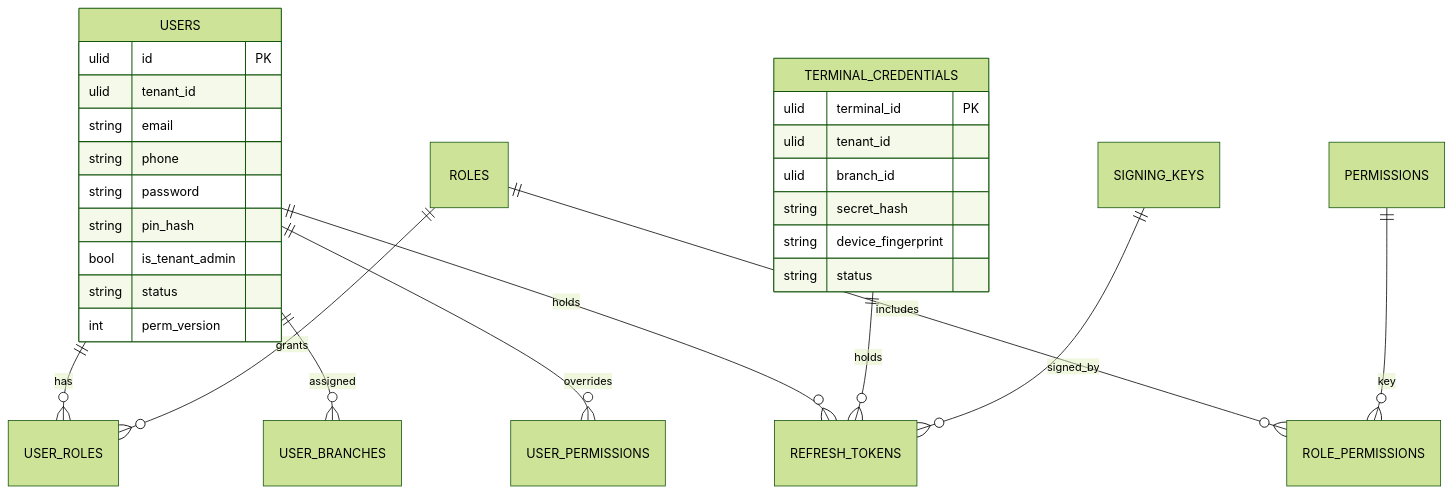
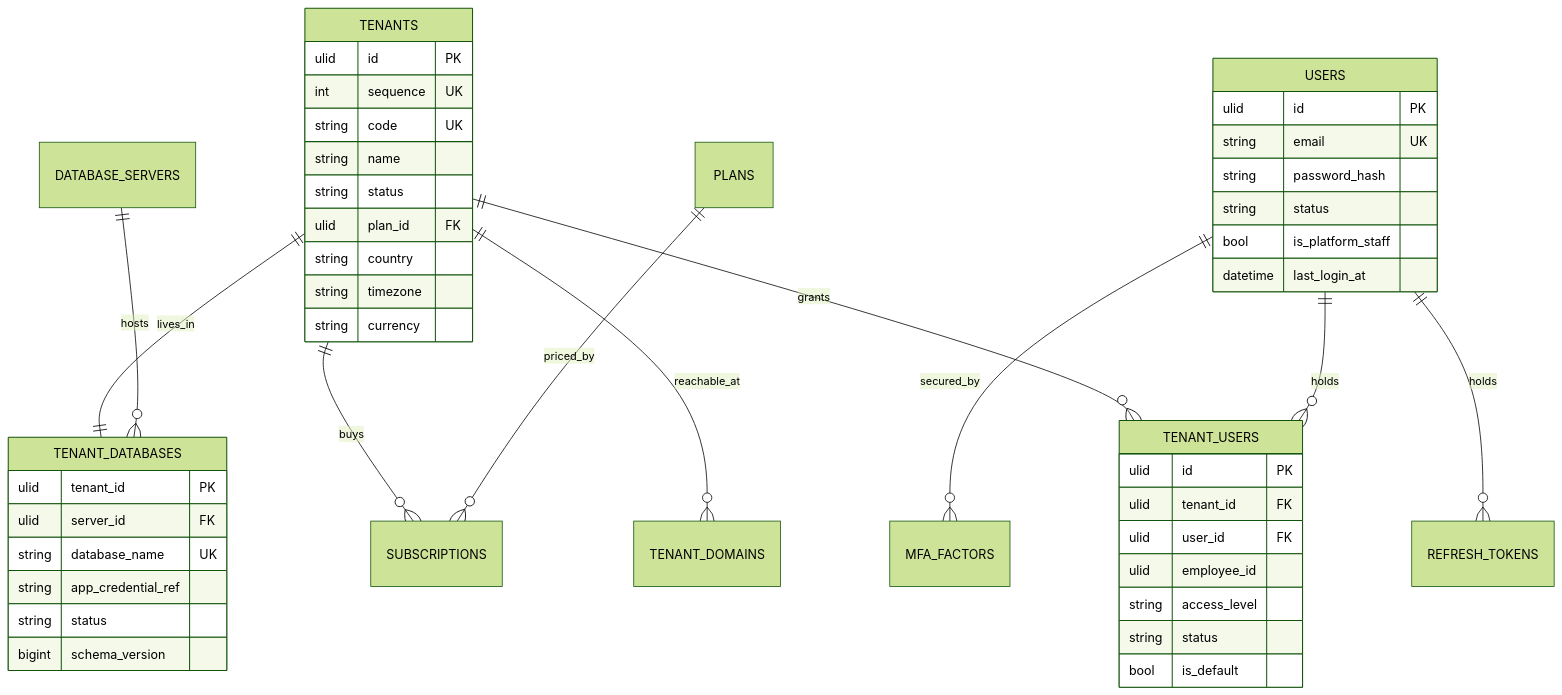
One commit to hasi94/SASS-POS changed the first of 9 diagrams in docs/database.md. Above: the diagram before and after it, drawn with Mermaid (forest theme). The commit also changed other lines of this file and 5 other files, not shown here.

First line of the commit message:
docs: architecture v0.4 — master database plus one database per tenant

````diff
--- a/docs/database.md
+++ b/docs/database.md
@@ -84,31 +123,48 @@
 ```mermaid
 erDiagram
-  USERS ||--o{ USER_ROLES : has
-  ROLES ||--o{ USER_ROLES : grants
-  ROLES ||--o{ ROLE_PERMISSIONS : includes
-  PERMISSIONS ||--o{ ROLE_PERMISSIONS : key
-  USERS ||--o{ USER_BRANCHES : assigned
-  USERS ||--o{ USER_PERMISSIONS : overrides
+  TENANTS ||--o{ TENANT_USERS : grants
+  USERS ||--o{ TENANT_USERS : holds
+  TENANTS ||--o{ TENANT_DOMAINS : reachable_at
+  TENANTS ||--|| TENANT_DATABASES : lives_in
+  DATABASE_SERVERS ||--o{ TENANT_DATABASES : hosts
+  TENANTS ||--o{ SUBSCRIPTIONS : buys
+  PLANS ||--o{ SUBSCRIPTIONS : priced_by
   USERS ||--o{ REFRESH_TOKENS : holds
-  TERMINAL_CREDENTIALS ||--o{ REFRESH_TOKENS : holds
-  SIGNING_KEYS ||--o{ REFRESH_TOKENS : signed_by
+  USERS ||--o{ MFA_FACTORS : secured_by
+  TENANTS {
+    ulid id PK
+    int sequence UK
+    string code UK
+    string name
+    string status
+    ulid plan_id FK
+    string country
+    string timezone
+    string currency
+  }
   USERS {
     ulid id PK
-    ulid tenant_id
-    string email
-    string phone
-    string password
-    string pin_hash
-    bool is_tenant_admin
+    string email UK
+    string password_hash
     string status
-    int perm_version
+    bool is_platform_staff
+    datetime last_login_at
   }
-  TERMINAL_CREDENTIALS {
-    ulid terminal_id PK
-    ulid tenant_id
-    ulid branch_id
-    string secret_hash
-    string device_fingerprint
+  TENANT_USERS {
+    ulid id PK
+    ulid tenant_id FK
+    ulid user_id FK
+    ulid employee_id
+    string access_level
     string status
+    bool is_default
+  }
+  TENANT_DATABASES {
+    ulid tenant_id PK
+    ulid server_id FK
+    string database_name UK
+    string app_credential_ref
+    string status
+    bigint schema_version
   }
 ```
````
